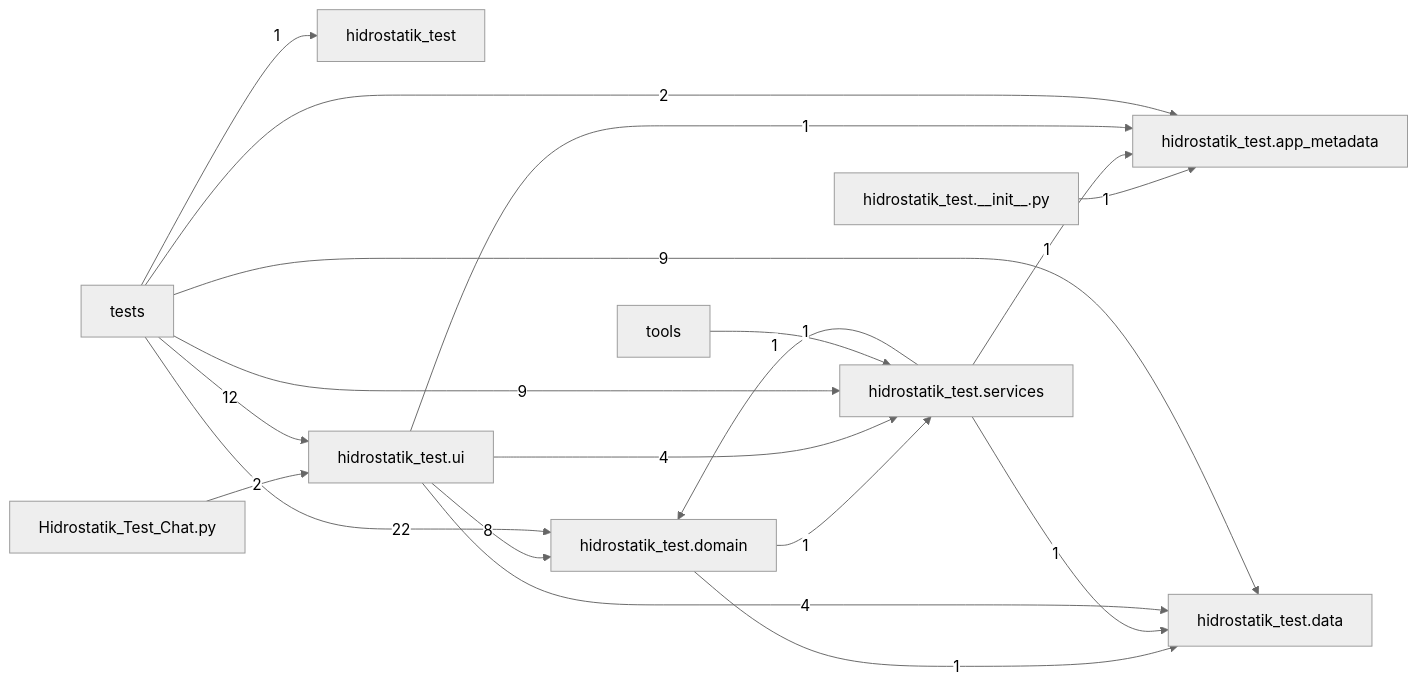
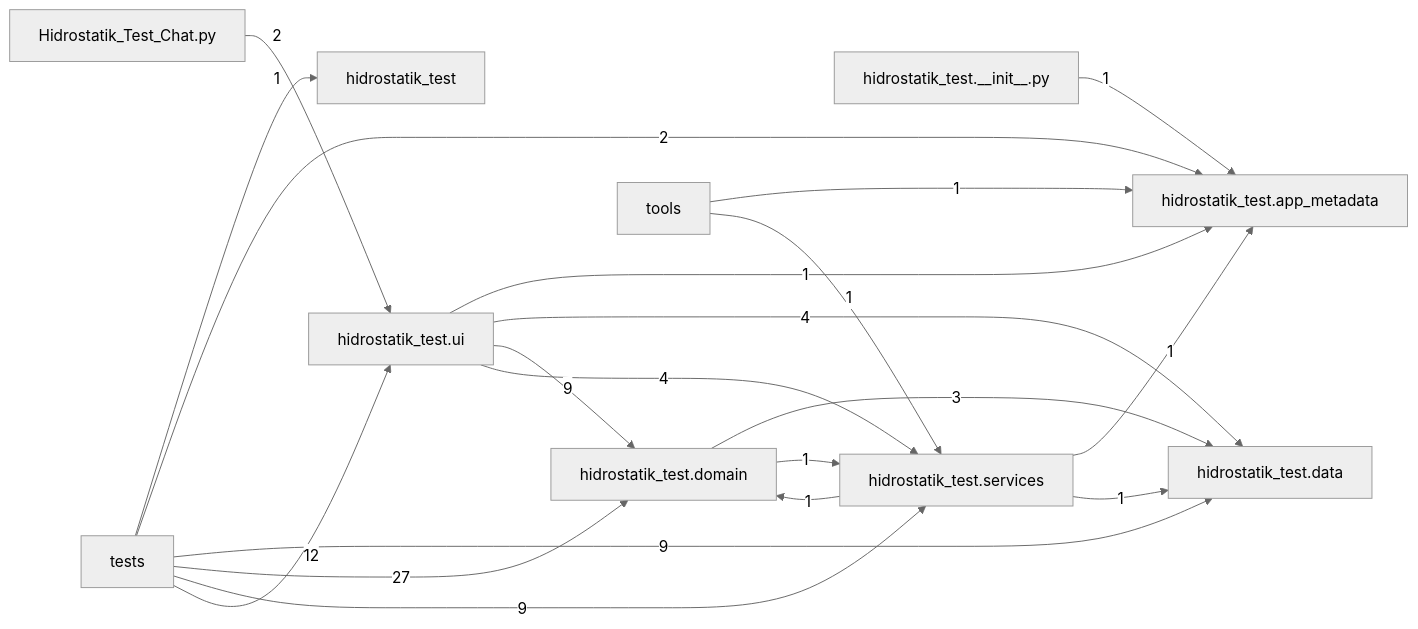
One commit to SLedgehammer-dev12/HYDRO changed the diagram in docs/codebase_map.md. Above: the diagram before and after it, drawn with Mermaid (neutral theme). The commit also changed other lines of this file and 31 other files, not shown here.

````diff
--- a/docs/codebase_map.md
+++ b/docs/codebase_map.md
@@ -198,31 +200,32 @@
 ```mermaid
 graph LR
     P0["Hidrostatik_Test_Chat.py"]
     P1["hidrostatik_test"]
     P2["hidrostatik_test.__init__.py"]
     P3["hidrostatik_test.app_metadata"]
     P4["hidrostatik_test.data"]
     P5["hidrostatik_test.domain"]
     P6["hidrostatik_test.services"]
     P7["hidrostatik_test.ui"]
     P8["tests"]
     P9["tools"]
     P0 -->|2| P7
     P2 -->|1| P3
-    P5 -->|1| P4
+    P5 -->|3| P4
     P5 -->|1| P6
     P6 -->|1| P3
     P6 -->|1| P4
     P6 -->|1| P5
     P7 -->|1| P3
     P7 -->|4| P4
-    P7 -->|8| P5
+    P7 -->|9| P5
     P7 -->|4| P6
     P8 -->|1| P1
     P8 -->|2| P3
     P8 -->|9| P4
-    P8 -->|22| P5
+    P8 -->|27| P5
     P8 -->|9| P6
     P8 -->|12| P7
+    P9 -->|1| P3
     P9 -->|1| P6
 ```
````
